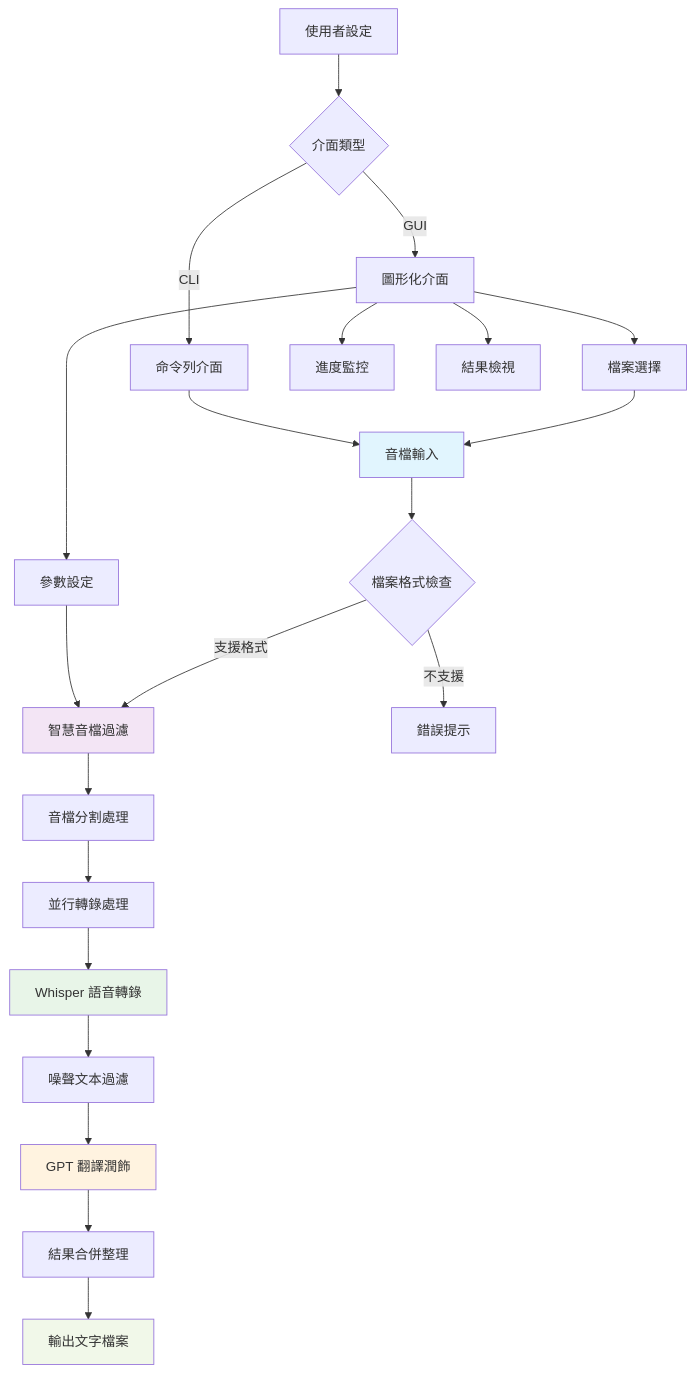
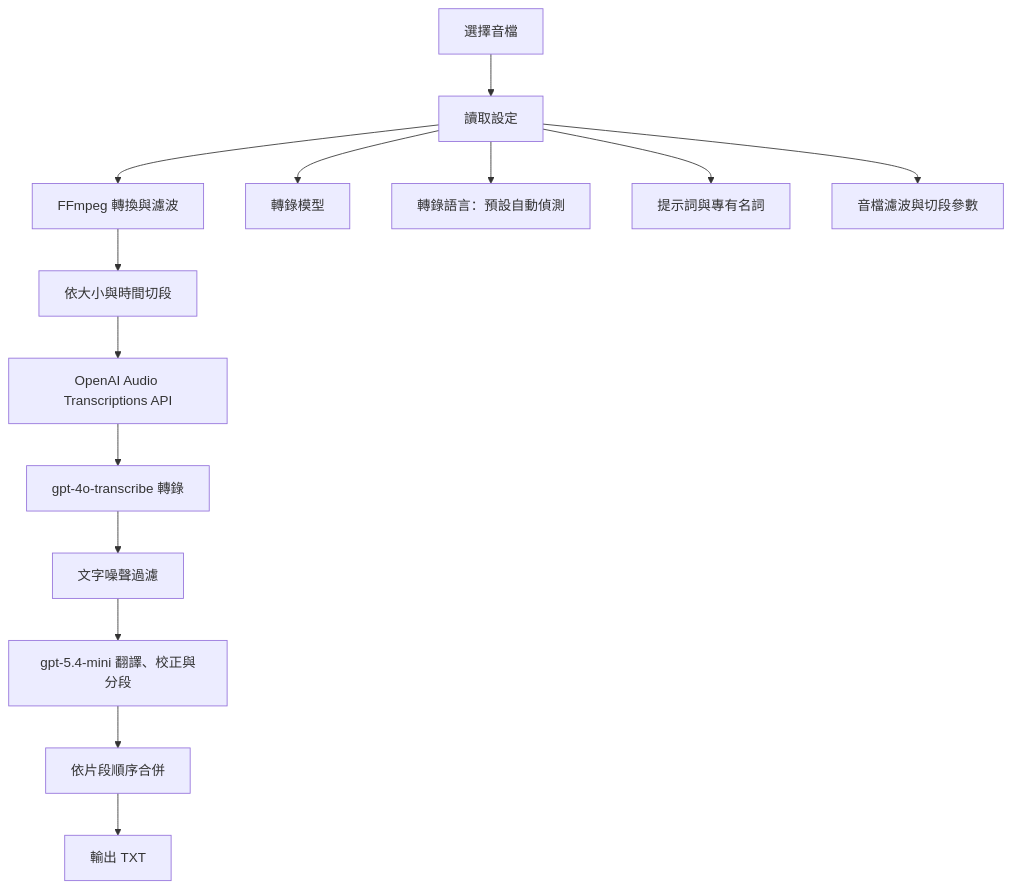
One commit to sheng1111/M4A-Transcriber-TW changed the diagram in readme.md. Above: the diagram before and after it, drawn with Mermaid. The commit also changed other lines of this file and 3 other files, not shown here.

````diff
--- a/readme.md
+++ b/readme.md
@@ -55,34 +20,17 @@
 ```mermaid
-graph TB
-    A[音檔輸入] --> B{檔案格式檢查}
-    B -->|支援格式| C[智慧音檔過濾]
-    B -->|不支援| X[錯誤提示]
-    
-    C --> D[音檔分割處理]
-    D --> E[並行轉錄處理]
-    
-    E --> F[Whisper 語音轉錄]
-    F --> G[噪聲文本過濾]
-    G --> H[GPT 翻譯潤飾]
-    H --> I[結果合併整理]
-    I --> J[輸出文字檔案]
-    
-    K[使用者設定] --> L{介面類型}
-    L -->|GUI| M[圖形化介面]
-    L -->|CLI| N[命令列介面]
-    
-    M --> O[檔案選擇]
-    M --> P[參數設定]
-    M --> Q[進度監控]
-    M --> R[結果檢視]
-    
-    O --> A
-    P --> C
-    N --> A
-    
-    style A fill:#e1f5fe
-    style C fill:#f3e5f5
-    style F fill:#e8f5e8
-    style H fill:#fff3e0
-    style J fill:#f1f8e9
+flowchart TD
+    A[選擇音檔] --> B[讀取設定]
+    B --> C[FFmpeg 轉換與濾波]
+    C --> D[依大小與時間切段]
+    D --> E[OpenAI Audio Transcriptions API]
+    E --> F[gpt-4o-transcribe 轉錄]
+    F --> G[文字噪聲過濾]
+    G --> H[gpt-5.4-mini 翻譯、校正與分段]
+    H --> I[依片段順序合併]
+    I --> J[輸出 TXT]
+
+    B --> B1[轉錄模型]
+    B --> B2[轉錄語言：預設自動偵測]
+    B --> B3[提示詞與專有名詞]
+    B --> B4[音檔濾波與切段參數]
 ```
````
